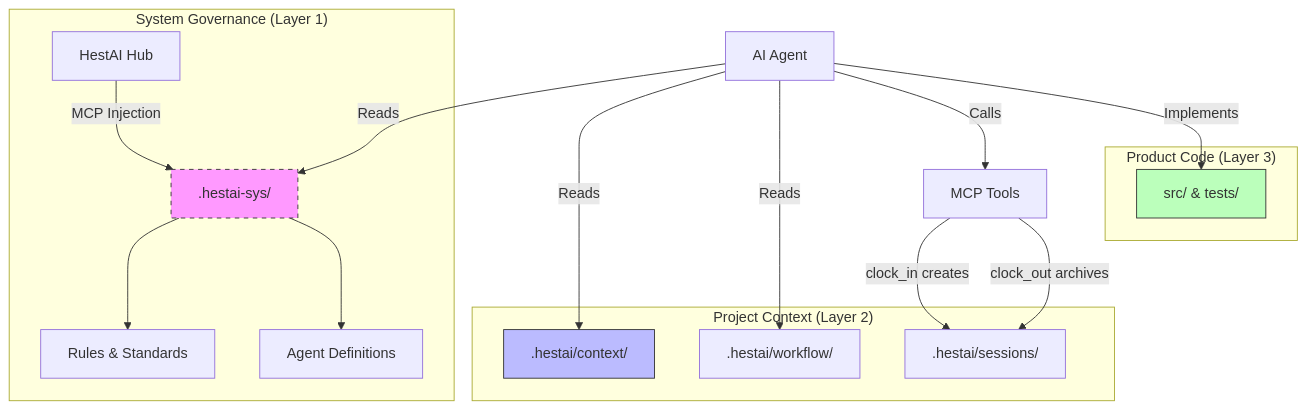
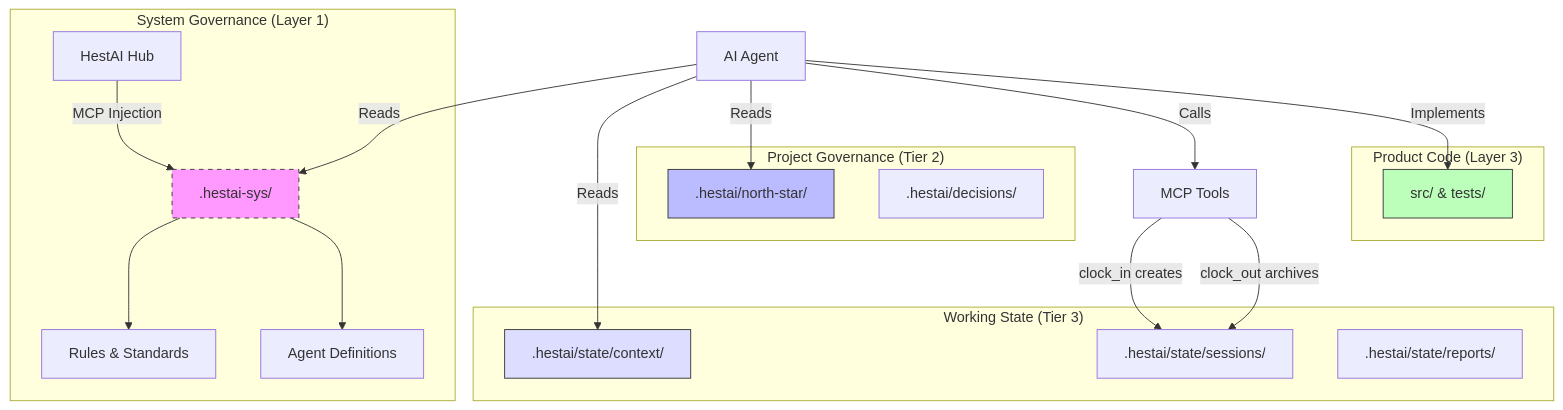
One commit to elevanaltd/HestAI-MCP changed the diagram in docs/ARCHITECTURE.md. Above: the diagram before and after it, drawn with Mermaid. The commit also changed other lines of this file and 5 other files, not shown here.

First line of the commit message:
docs: update stale path references for three-tier architecture

````diff
--- a/docs/ARCHITECTURE.md
+++ b/docs/ARCHITECTURE.md
@@ -17,29 +17,35 @@
 ```mermaid
 graph TD
     subgraph "System Governance (Layer 1)"
         Hub[HestAI Hub] -->|MCP Injection| SysDir[.hestai-sys/]
         SysDir --> Rules[Rules & Standards]
         SysDir --> AgentDefs[Agent Definitions]
         style SysDir fill:#f9f,stroke:#333,stroke-dasharray: 5 5
     end
 
-    subgraph "Project Context (Layer 2)"
-        Context[.hestai/context/]
-        Workflow[.hestai/workflow/]
-        Sessions[.hestai/sessions/]
-        style Context fill:#bbf,stroke:#333
+    subgraph "Project Governance (Tier 2)"
+        NorthStar[.hestai/north-star/]
+        Decisions[.hestai/decisions/]
+        style NorthStar fill:#bbf,stroke:#333
+    end
+
+    subgraph "Working State (Tier 3)"
+        Context[.hestai/state/context/]
+        Sessions[.hestai/state/sessions/]
+        Reports[.hestai/state/reports/]
+        style Context fill:#ddf,stroke:#333
     end
 
     subgraph "Product Code (Layer 3)"
         Code[src/ & tests/]
         style Code fill:#bfb,stroke:#333
     end
 
     Agent[AI Agent] -->|Reads| SysDir
     Agent -->|Reads| Context
-    Agent -->|Reads| Workflow
+    Agent -->|Reads| NorthStar
     Agent -->|Calls| MCPTools[MCP Tools]
     MCPTools -->|clock_in creates| Sessions
     MCPTools -->|clock_out archives| Sessions
     Agent -->|Implements| Code
 ```
````
